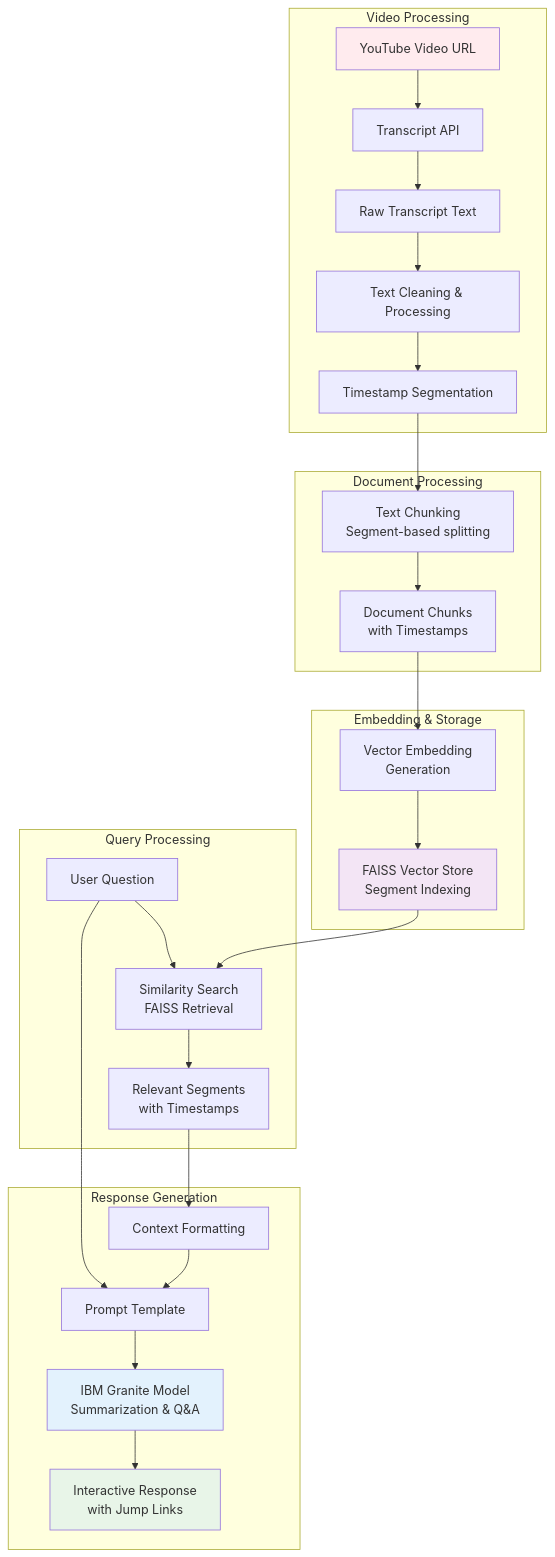
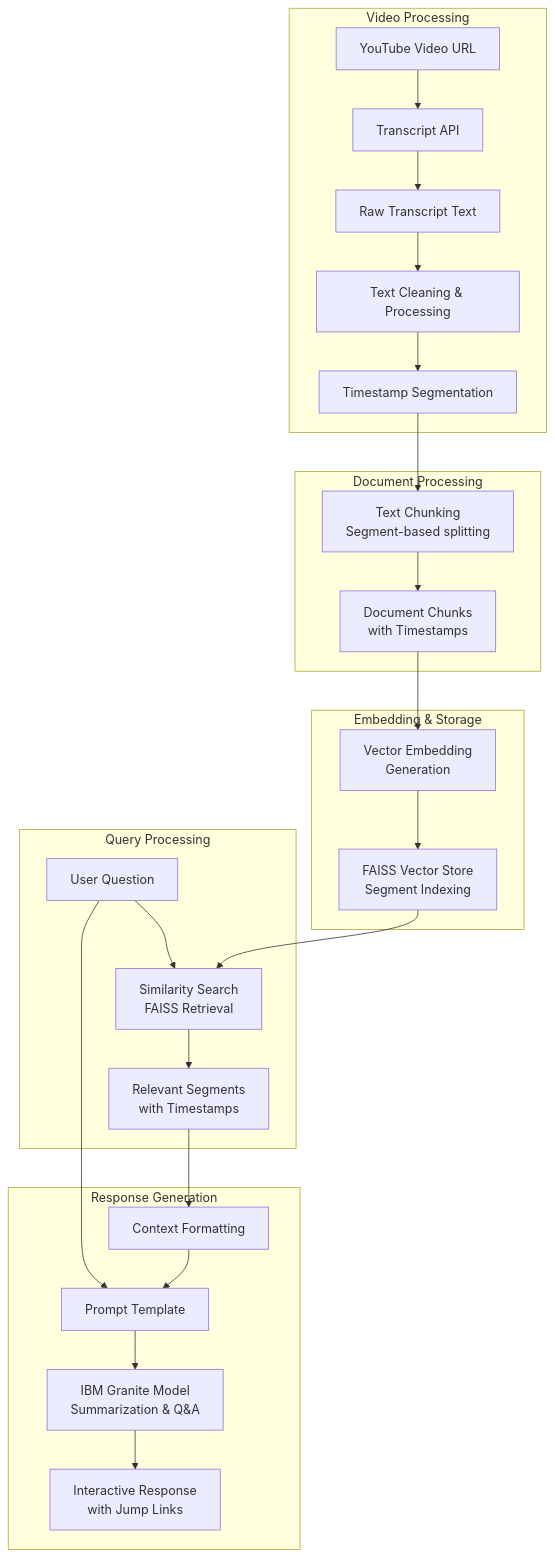
The fifth of 7 diagrams in README.md (eaamankwah/design_build_rag_system_apps), drawn with Mermaid before and after one commit. The commit also changed other lines of this file, not shown here.

````diff
--- a/README.md
+++ b/README.md
@@ -272,38 +255,33 @@
 ```mermaid
 graph TB
     subgraph "Video Processing"
         A[YouTube Video URL] --> B[Transcript API]
         B --> C[Raw Transcript Text]
         C --> D[Text Cleaning & Processing]
         D --> E[Timestamp Segmentation]
     end
     
     subgraph "Document Processing"
         E --> F[Text Chunking<br/>Segment-based splitting]
         F --> G[Document Chunks<br/>with Timestamps]
     end
     
     subgraph "Embedding & Storage"
         G --> H[Vector Embedding<br/>Generation]
         H --> I[FAISS Vector Store<br/>Segment Indexing]
     end
     
     subgraph "Query Processing"
         J[User Question] --> K[Similarity Search<br/>FAISS Retrieval]
         I --> K
         K --> L[Relevant Segments<br/>with Timestamps]
     end
     
     subgraph "Response Generation"
         L --> M[Context Formatting]
         J --> N[Prompt Template]
         M --> N
         N --> O[IBM Granite Model<br/>Summarization & Q&A]
         O --> P[Interactive Response<br/>with Jump Links]
     end
-    
-    style A fill:#ffebee
-    style I fill:#f3e5f5
-    style O fill:#e3f2fd
-    style P fill:#e8f5e8
 ```
````
